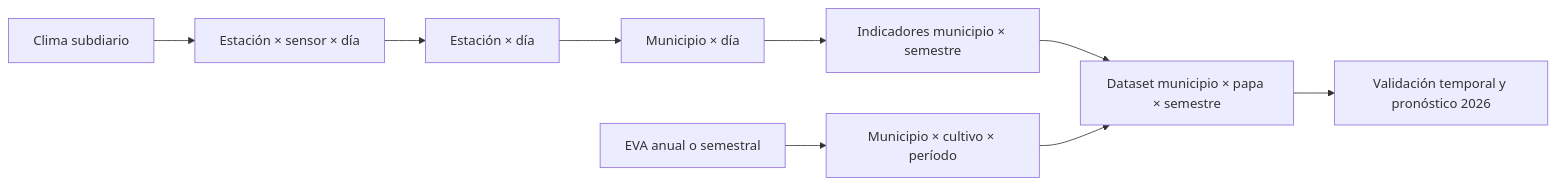
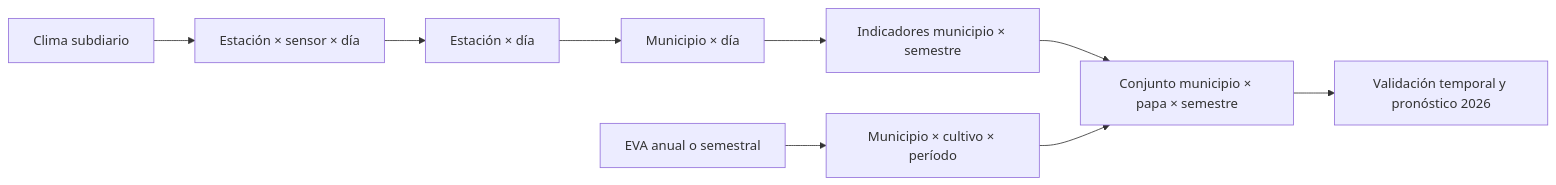
The diagram in docs/presentation/RESULTADOS_PROCESO_DATOS_2026.md (cybercolombia/suelosabio), drawn with Mermaid before and after one commit. The commit also changed other lines of this file and 25 other files, not shown here.

````diff
--- a/docs/presentation/RESULTADOS_PROCESO_DATOS_2026.md
+++ b/docs/presentation/RESULTADOS_PROCESO_DATOS_2026.md
@@ -38,11 +37,11 @@
 ```mermaid
 flowchart LR
     A[Clima subdiario] --> B[Estación × sensor × día]
     B --> C[Estación × día]
     C --> D[Municipio × día]
     D --> E[Indicadores municipio × semestre]
     F[EVA anual o semestral] --> G[Municipio × cultivo × período]
-    E --> H[Dataset municipio × papa × semestre]
+    E --> H[Conjunto municipio × papa × semestre]
     G --> H
     H --> I[Validación temporal y pronóstico 2026]
 ```
````
